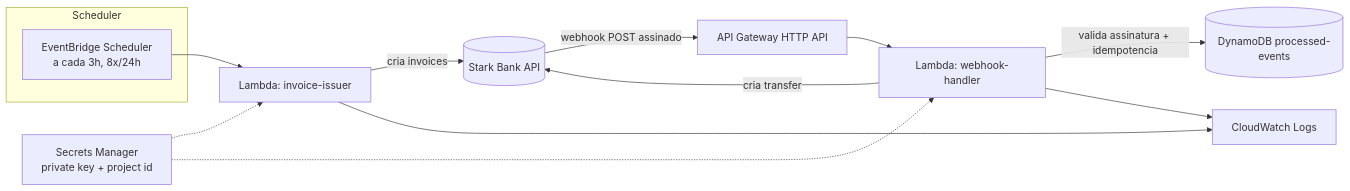
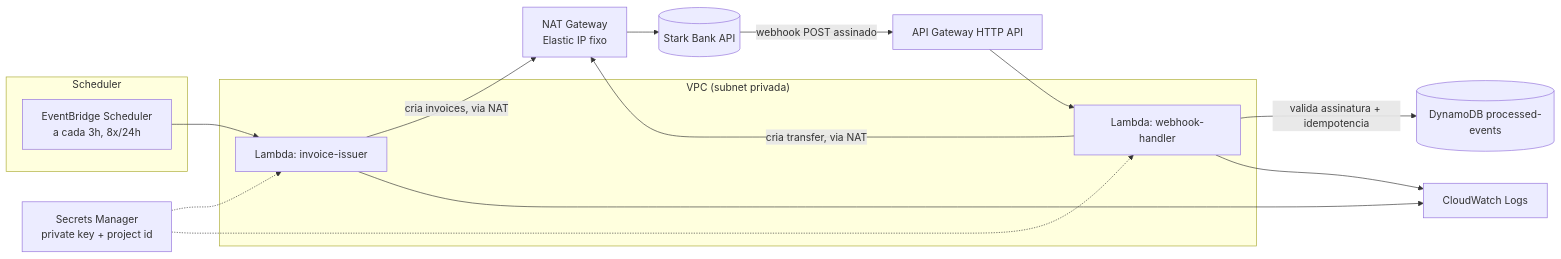
One commit to joubert-oliveira/starkbank-test changed the diagram in specs/design.md. Above: the diagram before and after it, drawn with Mermaid. The commit also changed other lines of this file and 9 other files, not shown here.

````diff
--- a/specs/design.md
+++ b/specs/design.md
@@ -5,19 +5,26 @@
 ```mermaid
 flowchart LR
     subgraph Scheduler
         EB[EventBridge Scheduler<br/>a cada 3h, 8x/24h]
     end
-    EB --> L1[Lambda: invoice-issuer]
-    L1 -->|cria invoices| SB[(Stark Bank API)]
+
+    subgraph VPC["VPC (subnet privada)"]
+        L1[Lambda: invoice-issuer]
+        L2[Lambda: webhook-handler]
+    end
+
+    EB --> L1
+    NAT[NAT Gateway<br/>Elastic IP fixo] --> SB[(Stark Bank API)]
+    L1 -->|cria invoices, via NAT| NAT
 
     SB -->|webhook POST assinado| APIGW[API Gateway HTTP API]
-    APIGW --> L2[Lambda: webhook-handler]
+    APIGW --> L2
     L2 -->|valida assinatura + idempotencia| DDB[(DynamoDB processed-events)]
-    L2 -->|cria transfer| SB
+    L2 -->|cria transfer, via NAT| NAT
 
     SM[Secrets Manager<br/>private key + project id] -.-> L1
     SM -.-> L2
 
     L1 --> CW[CloudWatch Logs]
     L2 --> CW
 ```
````
